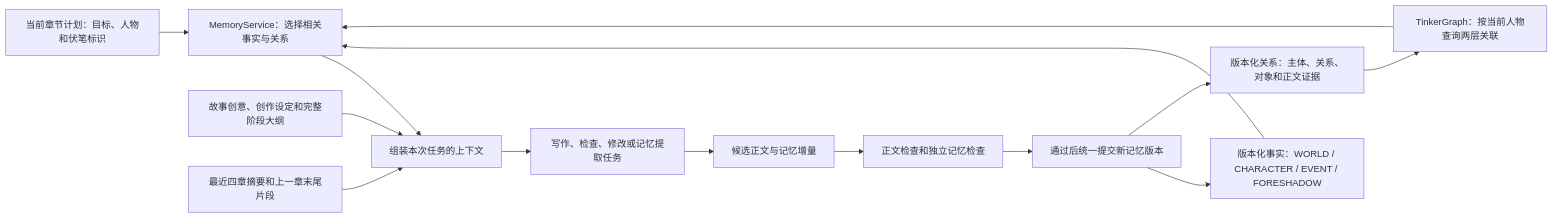
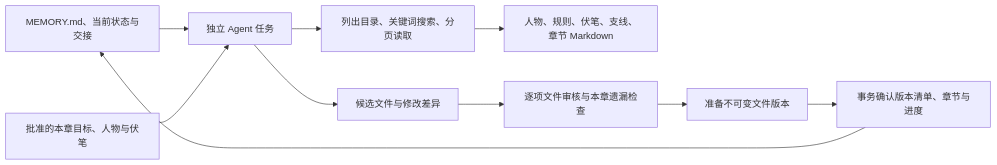
One commit to ccii1/novel-agent changed the eighth of 11 diagrams in README.md. Above: the diagram before and after it, drawn with Mermaid. The commit also changed other lines of this file and 57 other files, not shown here.

Commit message:
feat: persist novel memory as versioned Markdown

````diff
--- a/README.md
+++ b/README.md
@@ -324,16 +324,12 @@
 ```mermaid
 flowchart LR
-    Plan["当前章节计划：目标、人物和伏笔标识"] --> Select["MemoryService：选择相关事实与关系"]
-    Facts["版本化事实：WORLD / CHARACTER / EVENT / FORESHADOW"] --> Select
-    Relations["版本化关系：主体、关系、对象和正文证据"] --> Graph["TinkerGraph：按当前人物查询两层关联"]
-    Graph --> Select
-    Select --> Context["组装本次任务的上下文"]
-    Bible["故事创意、创作设定和完整阶段大纲"] --> Context
-    Recent["最近四章摘要和上一章末尾片段"] --> Context
-    Context --> Agent["写作、检查、修改或记忆提取任务"]
-    Agent --> Draft["候选正文与记忆增量"]
-    Draft --> Check["正文检查和独立记忆检查"]
-    Check --> Commit["通过后统一提交新记忆版本"]
-    Commit --> Facts
-    Commit --> Relations
+    Entry["MEMORY.md、当前状态与交接"] --> Agent["独立 Agent 任务"]
+    Plan["批准的本章目标、人物与伏笔"] --> Agent
+    Agent --> Tools["列出目录、关键词搜索、分页读取"]
+    Tools --> Topics["人物、规则、伏笔、支线、章节 Markdown"]
+    Agent --> Candidate["候选文件与修改差异"]
+    Candidate --> Review["逐项文件审核与本章遗漏检查"]
+    Review --> Prepare["准备不可变文件版本"]
+    Prepare --> Commit["事务确认版本清单、章节与进度"]
+    Commit --> Entry
 ```
````
